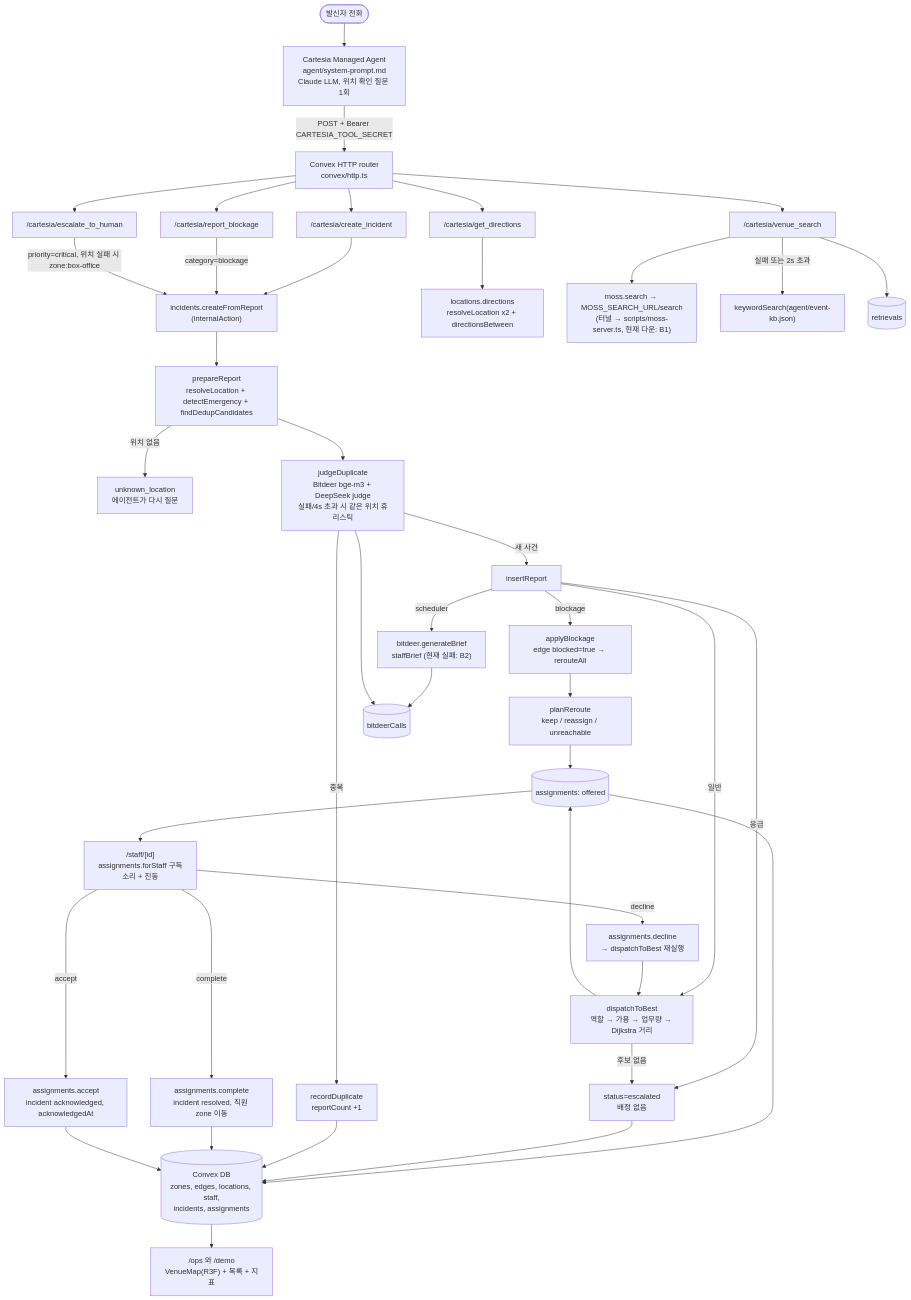
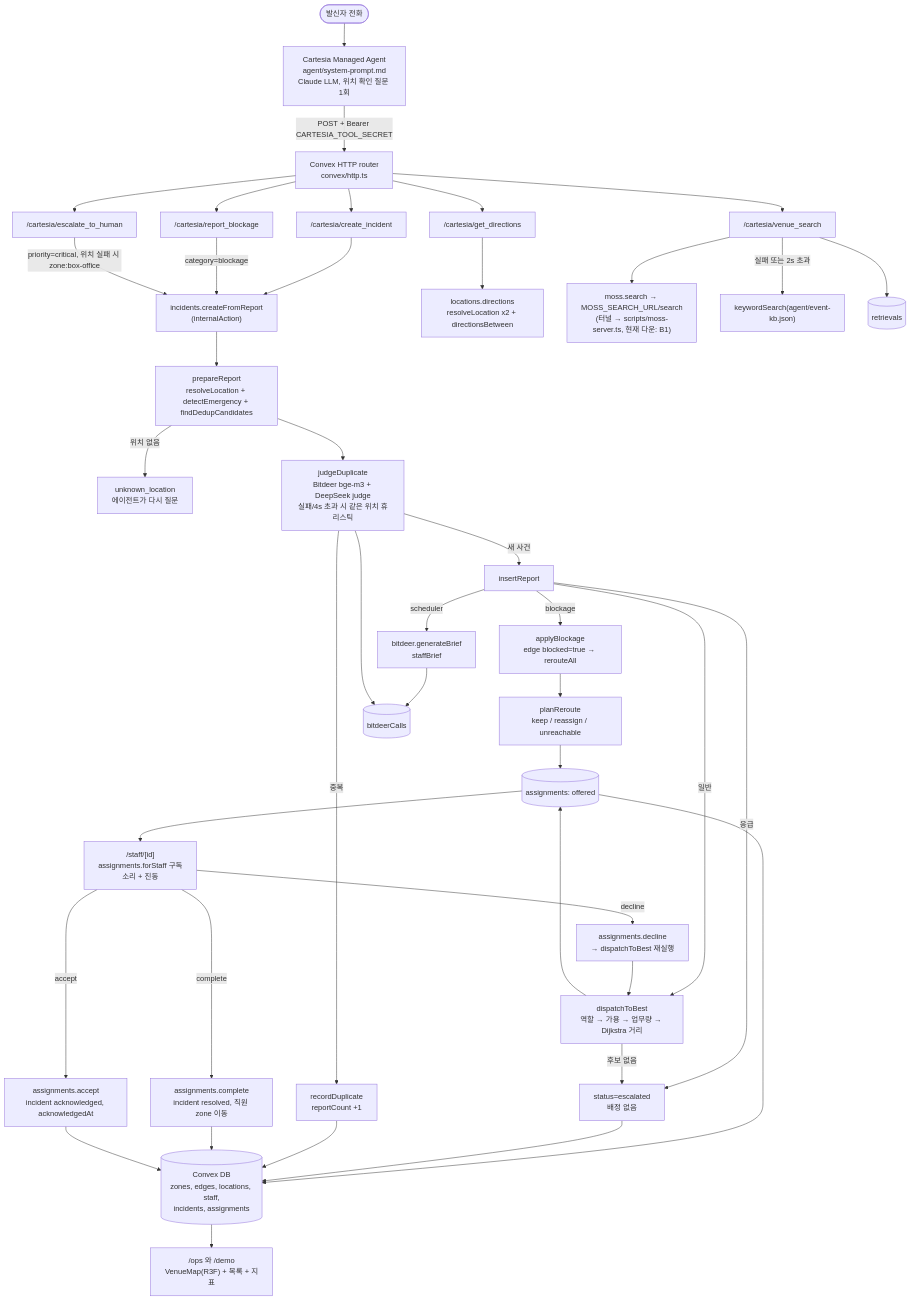
Before and after one commit to sanghyun6/PeopleOS: the diagram in docs/PIPELINE.md, drawn with Mermaid. The commit also changed other lines of this file and 2 other files, not shown here.

Commit message:
Fix Bitdeer brief token budget and keep resolved incidents visible

````diff
--- a/docs/PIPELINE.md
+++ b/docs/PIPELINE.md
@@ -44,49 +48,49 @@
 ```mermaid
 flowchart TD
   caller(["발신자 전화"]) --> cartesia["Cartesia Managed Agent<br/>agent/system-prompt.md<br/>Claude LLM, 위치 확인 질문 1회"]
   cartesia -- "POST + Bearer CARTESIA_TOOL_SECRET" --> http["Convex HTTP router<br/>convex/http.ts"]
 
   http --> ci["/cartesia/create_incident"]
   http --> rb["/cartesia/report_blockage"]
   http --> esc["/cartesia/escalate_to_human"]
   http --> dir["/cartesia/get_directions"]
   http --> vs["/cartesia/venue_search"]
 
   ci --> cfr["incidents.createFromReport<br/>(internalAction)"]
   rb -- "category=blockage" --> cfr
   esc -- "priority=critical, 위치 실패 시 zone:box-office" --> cfr
 
   cfr --> prep["prepareReport<br/>resolveLocation + detectEmergency + findDedupCandidates"]
   prep -- "위치 없음" --> unk["unknown_location<br/>에이전트가 다시 질문"]
   prep --> judge["judgeDuplicate<br/>Bitdeer bge-m3 + DeepSeek judge<br/>실패/4s 초과 시 같은 위치 휴리스틱"]
   judge -- "중복" --> dup["recordDuplicate<br/>reportCount +1"]
   judge -- "새 사건" --> ins["insertReport"]
-  ins -- "scheduler" --> brief["bitdeer.generateBrief<br/>staffBrief (현재 실패: B2)"]
+  ins -- "scheduler" --> brief["bitdeer.generateBrief<br/>staffBrief"]
   ins -- "응급" --> escd["status=escalated<br/>배정 없음"]
   ins -- "blockage" --> blk["applyBlockage<br/>edge blocked=true → rerouteAll"]
   ins -- "일반" --> disp["dispatchToBest<br/>역할 → 가용 → 업무량 → Dijkstra 거리"]
   disp -- "후보 없음" --> escd
   disp --> asg[("assignments: offered")]
   blk --> reroute["planReroute<br/>keep / reassign / unreachable"]
   reroute --> asg
 
   asg --> staffpage["/staff/[id]<br/>assignments.forStaff 구독<br/>소리 + 진동"]
   staffpage -- "accept" --> acc["assignments.accept<br/>incident acknowledged, acknowledgedAt"]
   staffpage -- "decline" --> dec["assignments.decline<br/>→ dispatchToBest 재실행"]
   dec --> disp
   staffpage -- "complete" --> comp["assignments.complete<br/>incident resolved, 직원 zone 이동"]
 
   dir --> dq["locations.directions<br/>resolveLocation x2 + directionsBetween"]
   vs --> moss["moss.search → MOSS_SEARCH_URL/search<br/>(터널 → scripts/moss-server.ts, 현재 다운: B1)"]
   vs -- "실패 또는 2s 초과" --> kw["keywordSearch(agent/event-kb.json)"]
   vs --> ret[("retrievals")]
   brief --> bd[("bitdeerCalls")]
   judge --> bd
 
   db[("Convex DB<br/>zones, edges, locations, staff,<br/>incidents, assignments")] --> ops["/ops 와 /demo<br/>VenueMap(R3F) + 목록 + 지표"]
   asg --> db
   escd --> db
   dup --> db
   comp --> db
   acc --> db
 ```
````
